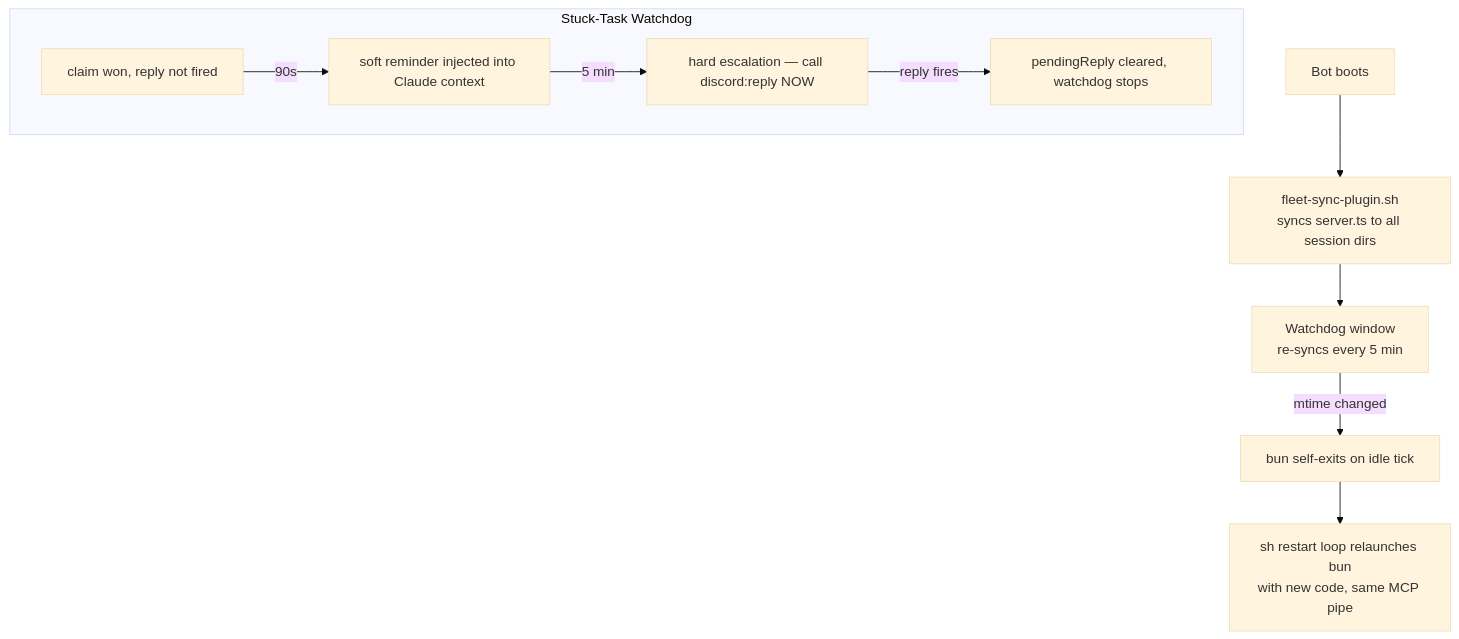
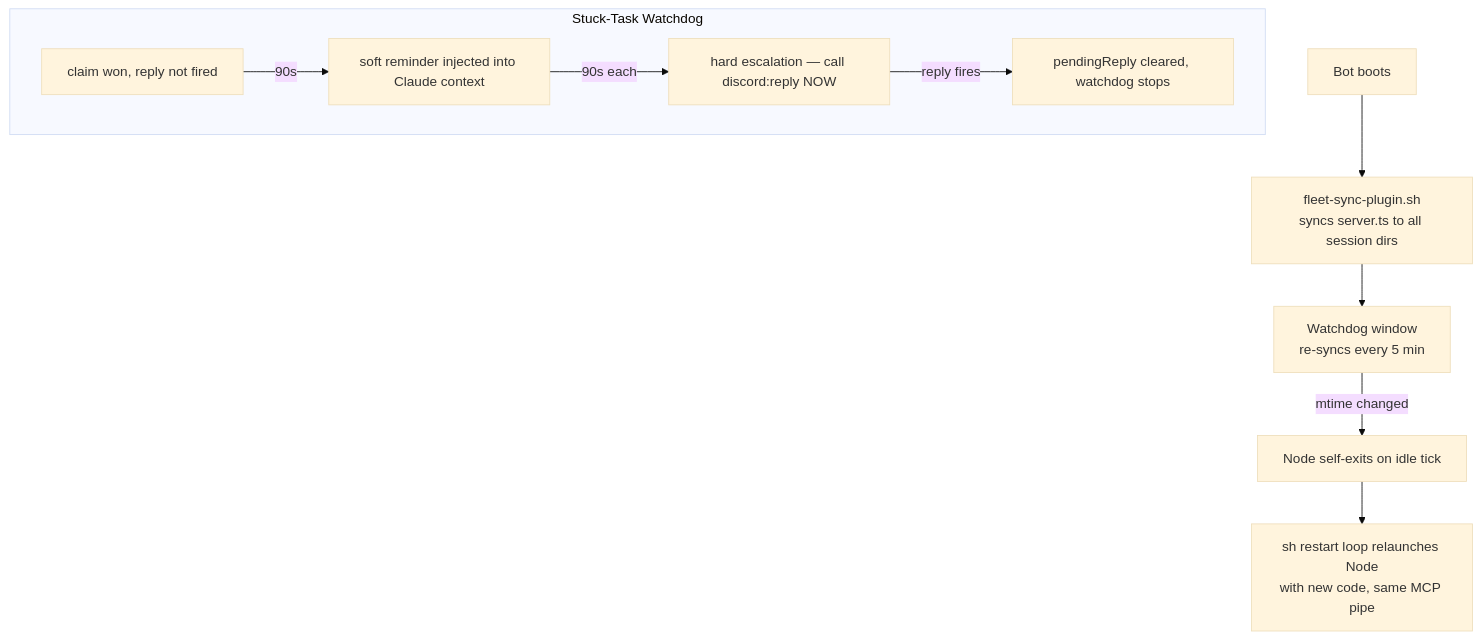
One commit to Agent-Crafting-Table/fleet-discord changed the second of 2 diagrams in README.md. Above: the diagram before and after it, drawn with Mermaid (base theme). The commit also changed other lines of this file and 9 other files, not shown here.

````diff
--- a/README.md
+++ b/README.md
@@ -36,17 +43,17 @@
 ```mermaid
 flowchart TD
     A[Bot boots] --> B[fleet-sync-plugin.sh
 syncs server.ts to all session dirs]
     B --> C[Watchdog window
 re-syncs every 5 min]
-    C -->|mtime changed| D[bun self-exits on idle tick]
-    D --> E[sh restart loop relaunches bun
+    C -->|mtime changed| D[Node self-exits on idle tick]
+    D --> E[sh restart loop relaunches Node
 with new code, same MCP pipe]
 
     subgraph Stuck-Task Watchdog
         F[claim won, reply not fired]
         F -->|90s| G[soft reminder injected into Claude context]
-        G -->|5 min| H[hard escalation — call discord:reply NOW]
+        G -->|90s each| H[hard escalation — call discord:reply NOW]
         H -->|reply fires| I[pendingReply cleared, watchdog stops]
     end
 ```
````
